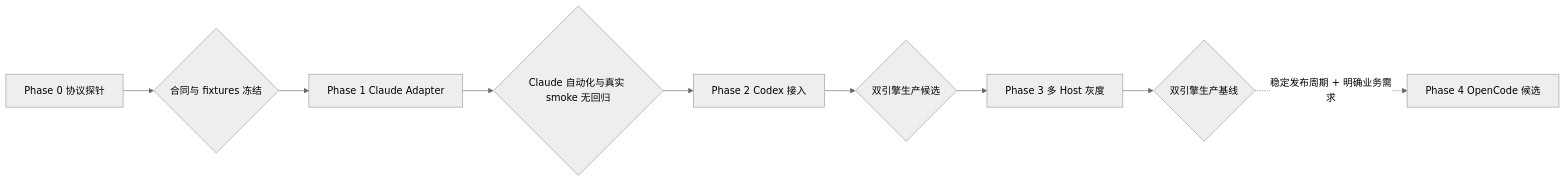
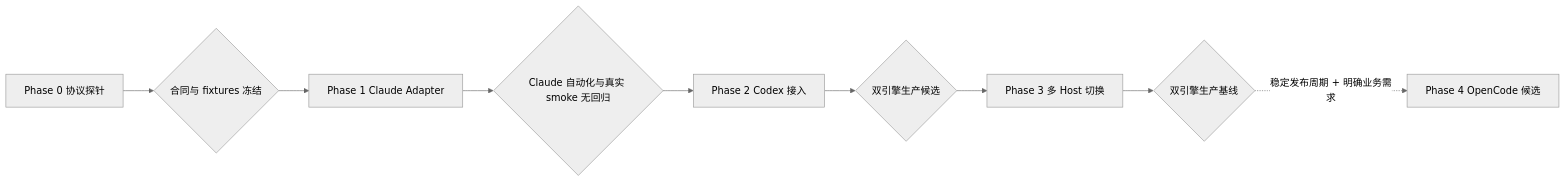
The diagram in docs/superpowers/plans/2026-08-01-multi-harness-engine-roadmap.md (EeeMt/gitlab-issue-to-mr), drawn with Mermaid (neutral theme) before and after one commit. The commit also changed other lines of this file and 4 other files, not shown here.

Commit message:
docs(multi-harness): Phase 3 改为多 Host 直接切换 + 新增测试 CA 生成脚本

````diff
--- a/docs/superpowers/plans/2026-08-01-multi-harness-engine-roadmap.md
+++ b/docs/superpowers/plans/2026-08-01-multi-harness-engine-roadmap.md
@@ -190,11 +191,11 @@
 ```mermaid
 flowchart LR
     P0["Phase 0 协议探针"] --> G0{"合同与 fixtures 冻结"}
     G0 --> P1["Phase 1 Claude Adapter"]
     P1 --> G1{"Claude 自动化与真实 smoke 无回归"}
     G1 --> P2["Phase 2 Codex 接入"]
     P2 --> G2{"双引擎生产候选"}
-    G2 --> P3["Phase 3 多 Host 灰度"]
+    G2 --> P3["Phase 3 多 Host 切换"]
     P3 --> G3{"双引擎生产基线"}
     G3 -. "稳定发布周期 + 明确业务需求" .-> P4["Phase 4 OpenCode 候选"]
 ```
````
